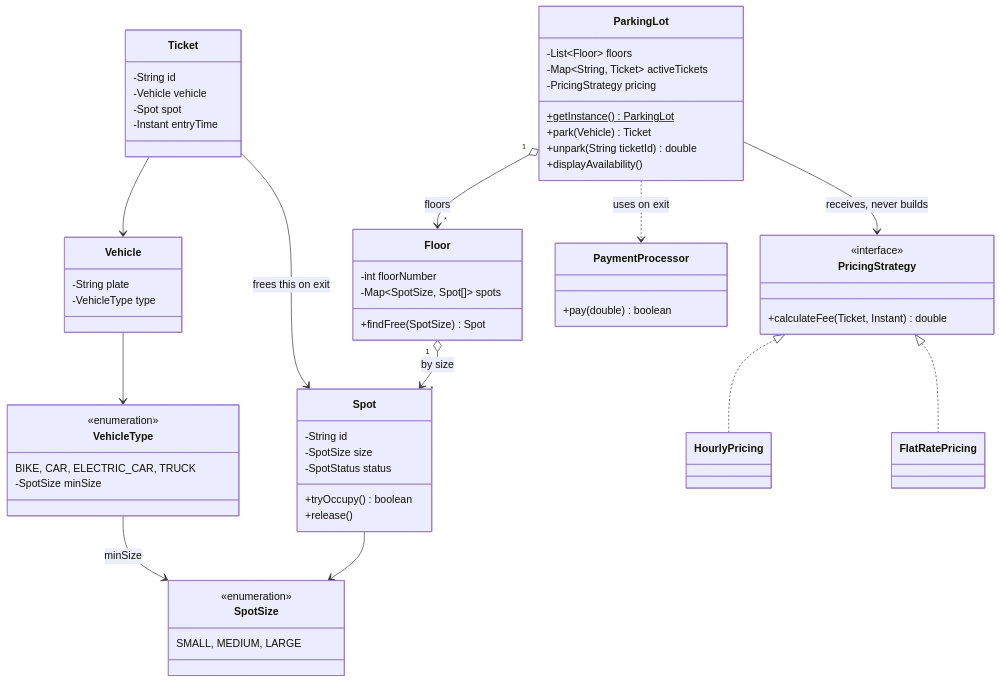
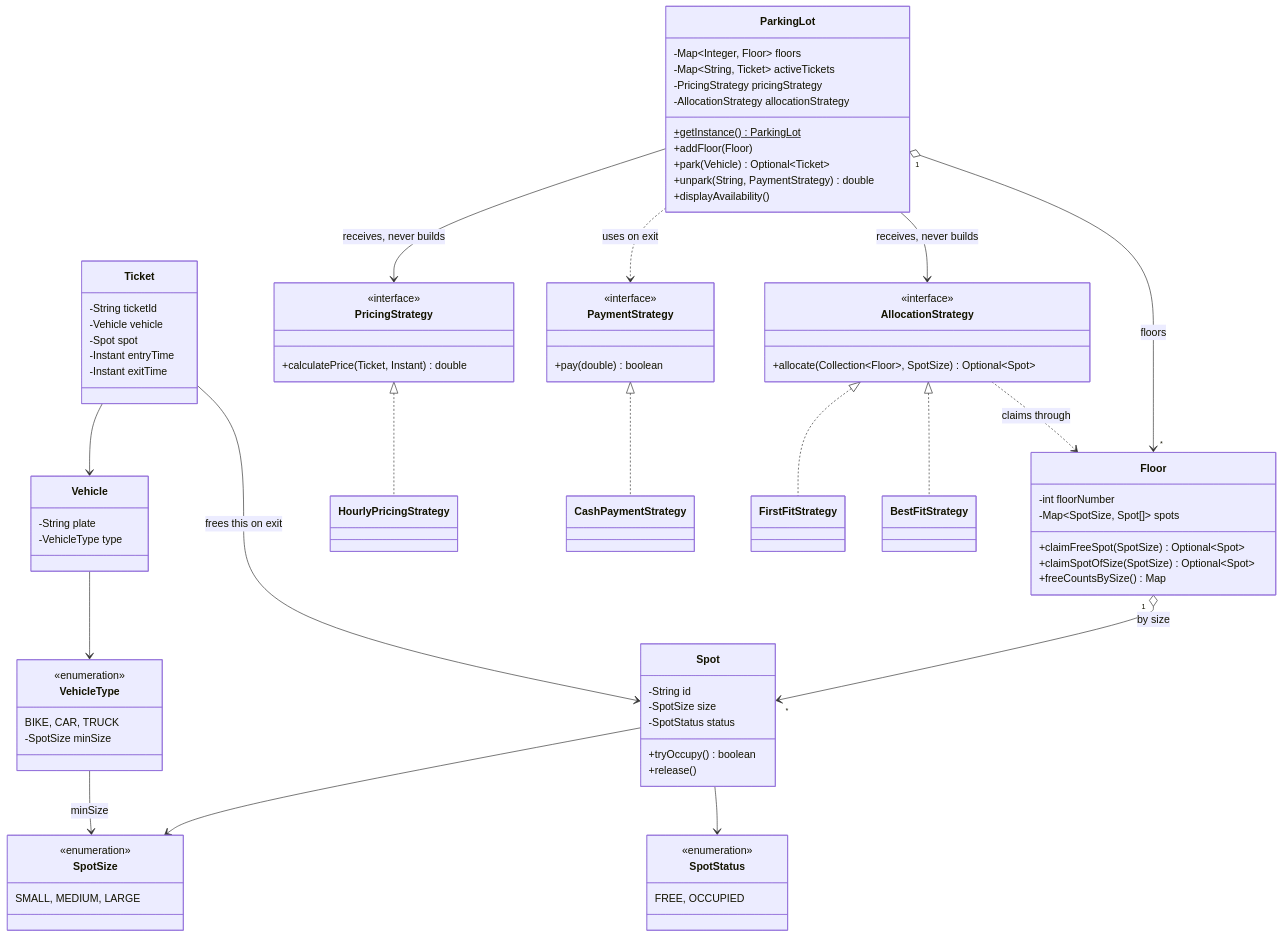
Before and after one commit to Dummy-Bug/system-design-handbook: the diagram in Low Level Design/Case Studies/A - Domain Modeling/01 Parking Lot Design.md, drawn with Mermaid.

````diff
--- a/Low Level Design/Case Studies/A - Domain Modeling/01 Parking Lot Design.md
+++ b/Low Level Design/Case Studies/A - Domain Modeling/01 Parking Lot Design.md
@@ -221,18 +221,22 @@
     direction TB
 
     class ParkingLot {
-        -List~Floor~ floors
+        -Map~Integer, Floor~ floors
         -Map~String, Ticket~ activeTickets
-        -PricingStrategy pricing
+        -PricingStrategy pricingStrategy
+        -AllocationStrategy allocationStrategy
         +getInstance()$ ParkingLot
-        +park(Vehicle) Ticket
-        +unpark(String ticketId) double
+        +addFloor(Floor)
+        +park(Vehicle) Optional~Ticket~
+        +unpark(String, PaymentStrategy) double
         +displayAvailability()
     }
     class Floor {
         -int floorNumber
         -Map~SpotSize, Spot[]~ spots
-        +findFree(SpotSize) Spot
+        +claimFreeSpot(SpotSize) Optional~Spot~
+        +claimSpotOfSize(SpotSize) Optional~Spot~
+        +freeCountsBySize() Map
     }
     class Spot {
         -String id
@@ -242,10 +246,11 @@
         +release()
     }
     class Ticket {
-        -String id
+        -String ticketId
         -Vehicle vehicle
         -Spot spot
         -Instant entryTime
+        -Instant exitTime
     }
     class Vehicle {
         -String plate
@@ -253,30 +258,44 @@
     }
     class VehicleType {
         <<enumeration>>
-        BIKE, CAR, ELECTRIC_CAR, TRUCK
+        BIKE, CAR, TRUCK
         -SpotSize minSize
     }
     class SpotSize {
         <<enumeration>>
         SMALL, MEDIUM, LARGE
     }
+    class SpotStatus {
+        <<enumeration>>
+        FREE, OCCUPIED
+    }
     class PricingStrategy {
         <<interface>>
-        +calculateFee(Ticket, Instant) double
+        +calculatePrice(Ticket, Instant) double
     }
-    class PaymentProcessor {
+    class PaymentStrategy {
+        <<interface>>
         +pay(double) boolean
+    }
+    class AllocationStrategy {
+        <<interface>>
+        +allocate(Collection~Floor~, SpotSize) Optional~Spot~
     }
 
     ParkingLot "1" o--> "*" Floor : floors
     ParkingLot --> PricingStrategy : receives, never builds
-    ParkingLot ..> PaymentProcessor : uses on exit
+    ParkingLot --> AllocationStrategy : receives, never builds
+    ParkingLot ..> PaymentStrategy : uses on exit
     Floor "1" o--> "*" Spot : by size
     Spot --> SpotSize
+    Spot --> SpotStatus
     Ticket --> Spot : frees this on exit
     Ticket --> Vehicle
     Vehicle --> VehicleType
     VehicleType --> SpotSize : minSize
-    PricingStrategy <|.. HourlyPricing
-    PricingStrategy <|.. FlatRatePricing
+    AllocationStrategy ..> Floor : claims through
+    PricingStrategy <|.. HourlyPricingStrategy
+    PaymentStrategy <|.. CashPaymentStrategy
+    AllocationStrategy <|.. FirstFitStrategy
+    AllocationStrategy <|.. BestFitStrategy
 ```
````
